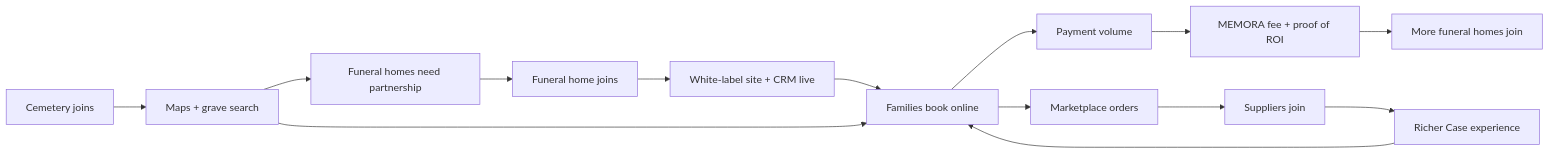
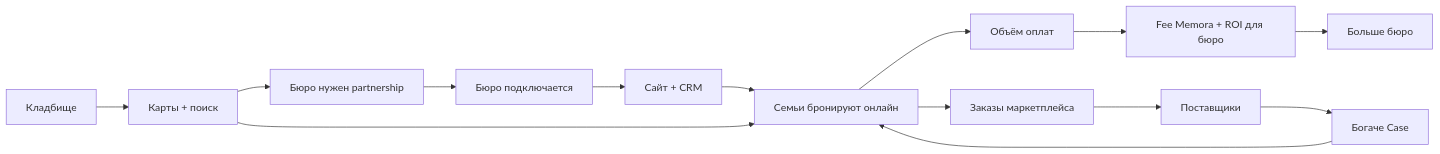
One commit to TimurKry/memora-platform changed the second of 2 diagrams in docs/ECOSYSTEM.md. Above: the diagram before and after it, drawn with Mermaid. The commit also changed other lines of this file and 12 other files, not shown here.

````diff
--- a/docs/ECOSYSTEM.md
+++ b/docs/ECOSYSTEM.md
@@ -219,16 +215,16 @@
 ```mermaid
 flowchart LR
-    A[Funeral home joins] --> B[White-label site + CRM live]
-    B --> C[Families book online]
-    C --> D[Payment volume]
-    D --> E[MEMORA fee + proof of ROI]
-    E --> F[More funeral homes join]
-    C --> G[Marketplace orders]
-    G --> H[Suppliers join]
-    H --> I[Richer Case experience]
+    A[Бюро подключается] --> B[Сайт + CRM]
+    B --> C[Семьи бронируют онлайн]
+    C --> D[Объём оплат]
+    D --> E[Fee Memora + ROI для бюро]
+    E --> F[Больше бюро]
+    C --> G[Заказы маркетплейса]
+    G --> H[Поставщики]
+    H --> I[Богаче Case]
     I --> C
-    J[Cemetery joins] --> K[Maps + grave search]
+    J[Кладбище] --> K[Карты + поиск]
     K --> C
-    K --> L[Funeral homes need partnership]
+    K --> L[Бюро нужен partnership]
     L --> A
 ```
````
